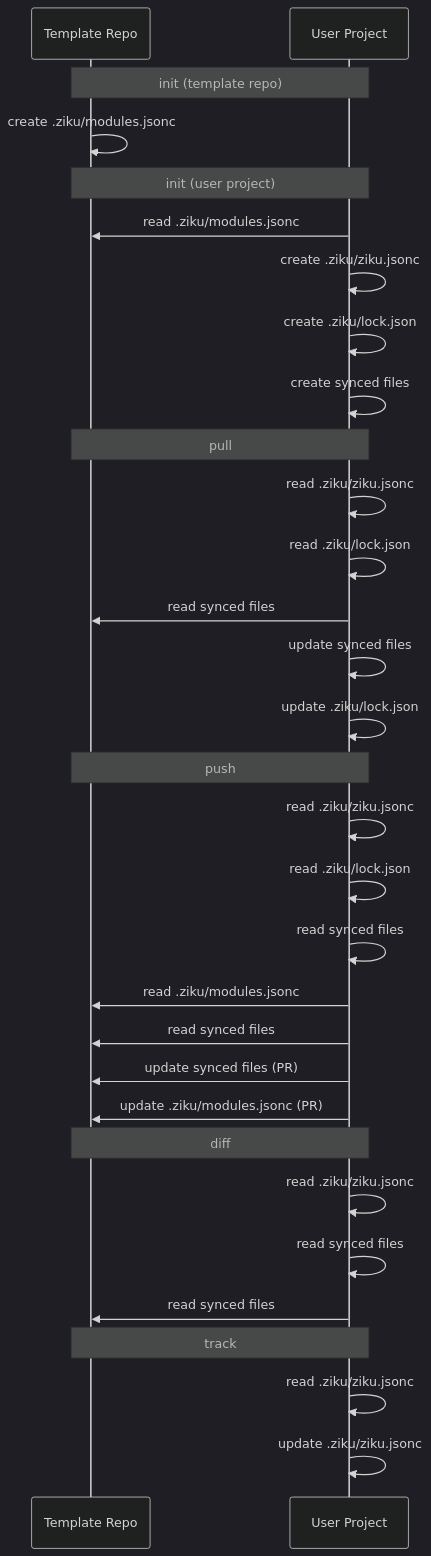
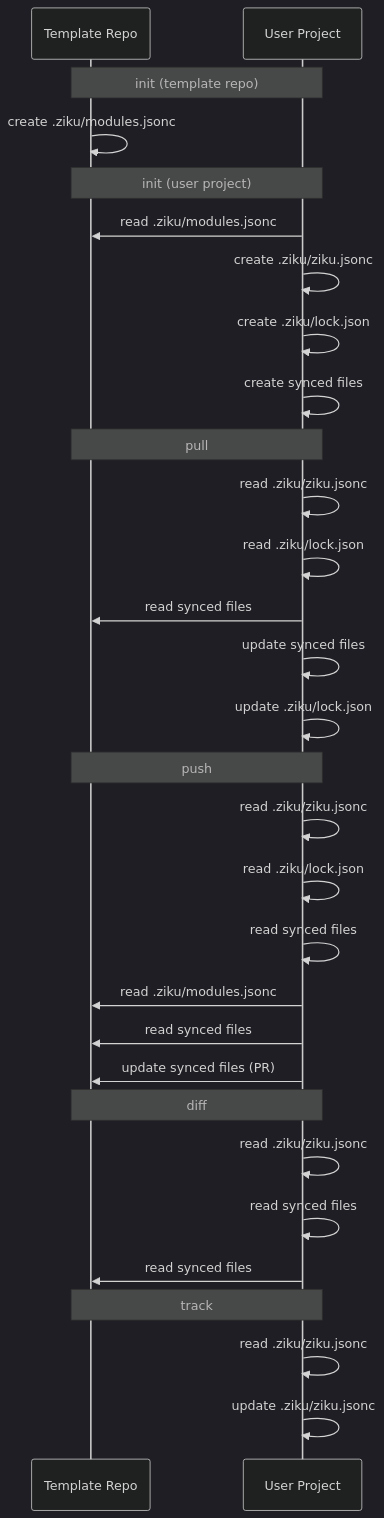
The diagram in docs/architecture/file-lifecycle.md (tktcorporation/ziku), drawn with Mermaid (dark theme) before and after one commit. The commit also changed other lines of this file and 12 other files, not shown here.

First line of the commit message:
refactor: modules.jsonc を常にモジュール形式に統一

````diff
--- a/docs/architecture/file-lifecycle.md
+++ b/docs/architecture/file-lifecycle.md
@@ -19,40 +19,39 @@
 ```mermaid
 sequenceDiagram
     participant T as Template Repo
     participant U as User Project
 
     note over T,U: init (template repo)
     T->>T: create .ziku/modules.jsonc
 
     note over T,U: init (user project)
     U->>T: read .ziku/modules.jsonc
     U->>U: create .ziku/ziku.jsonc
     U->>U: create .ziku/lock.json
     U->>U: create synced files
 
     note over T,U: pull
     U->>U: read .ziku/ziku.jsonc
     U->>U: read .ziku/lock.json
     U->>T: read synced files
     U->>U: update synced files
     U->>U: update .ziku/lock.json
 
     note over T,U: push
     U->>U: read .ziku/ziku.jsonc
     U->>U: read .ziku/lock.json
     U->>U: read synced files
     U->>T: read .ziku/modules.jsonc
     U->>T: read synced files
     U->>T: update synced files (PR)
-    U->>T: update .ziku/modules.jsonc (PR)
 
     note over T,U: diff
     U->>U: read .ziku/ziku.jsonc
     U->>U: read synced files
     U->>T: read synced files
 
     note over T,U: track
     U->>U: read .ziku/ziku.jsonc
     U->>U: update .ziku/ziku.jsonc
 
 ```
````
